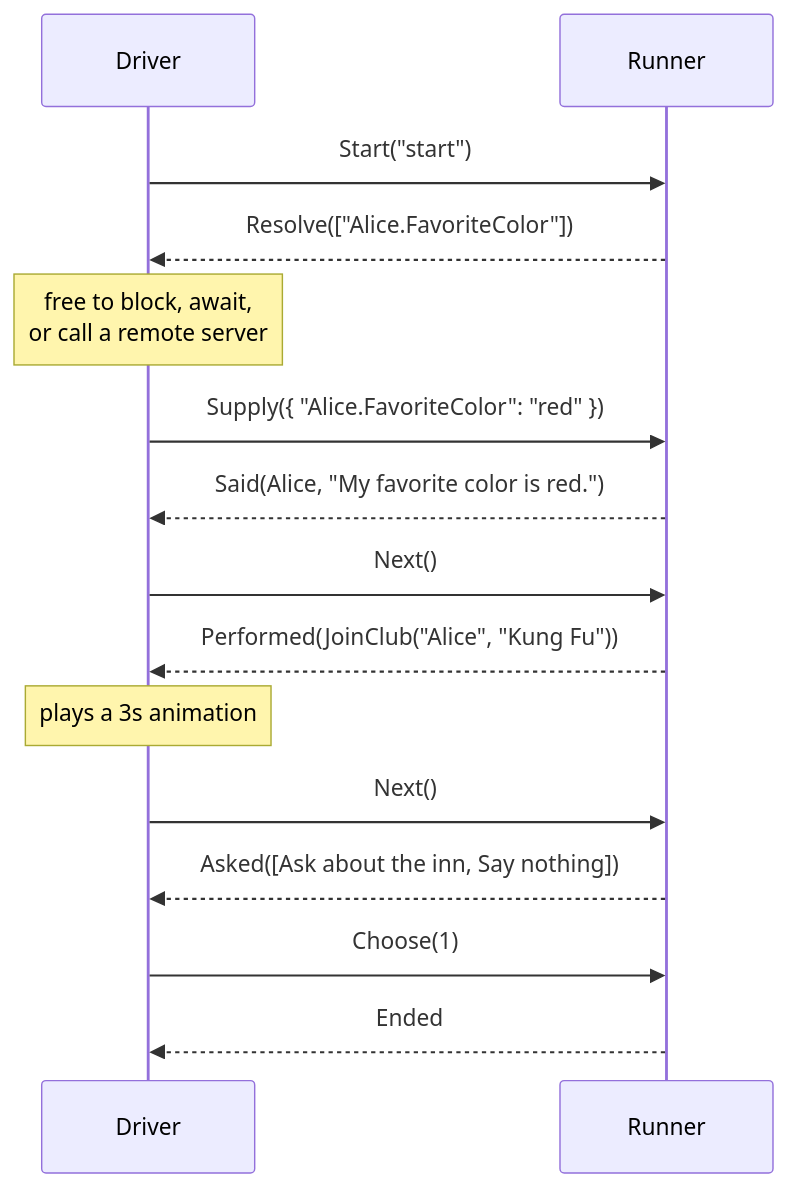
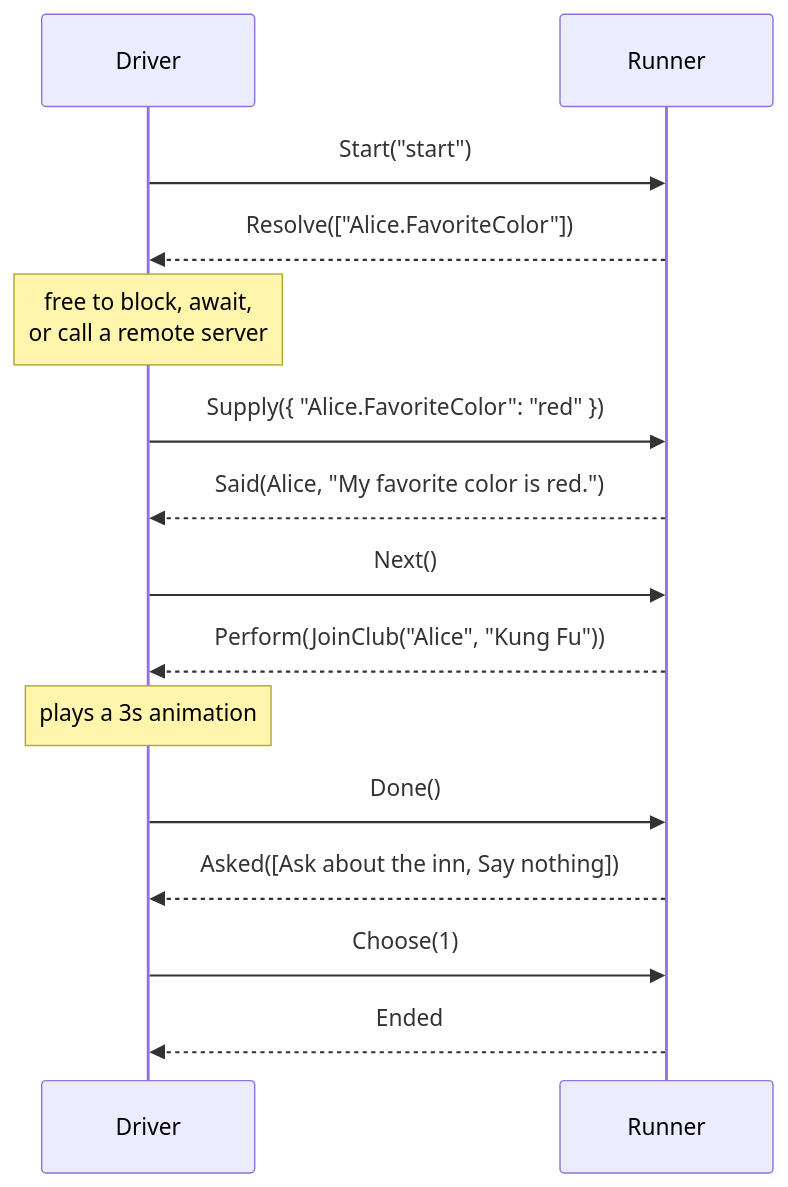
Before and after one commit to pengzhengyi/dialoguedown: the second of 3 diagrams in docs/contributing/design-notes/runtime/Dialogue Runtime Architecture.md, drawn with Mermaid. The commit also changed other lines of this file and 40 other files, not shown here.

````diff
--- a/docs/contributing/design-notes/runtime/Dialogue Runtime Architecture.md
+++ b/docs/contributing/design-notes/runtime/Dialogue Runtime Architecture.md
@@ -346,17 +347,17 @@
 ```mermaid
 sequenceDiagram
     participant D as Driver
     participant R as Runner
     D->>R: Start("start")
     R-->>D: Resolve(["Alice.FavoriteColor"])
     Note over D: free to block, await,<br/>or call a remote server
     D->>R: Supply({ "Alice.FavoriteColor": "red" })
     R-->>D: Said(Alice, "My favorite color is red.")
     D->>R: Next()
-    R-->>D: Performed(JoinClub("Alice", "Kung Fu"))
+    R-->>D: Perform(JoinClub("Alice", "Kung Fu"))
     Note over D: plays a 3s animation
-    D->>R: Next()
+    D->>R: Done()
     R-->>D: Asked([Ask about the inn, Say nothing])
     D->>R: Choose(1)
     R-->>D: Ended
 ```
````
